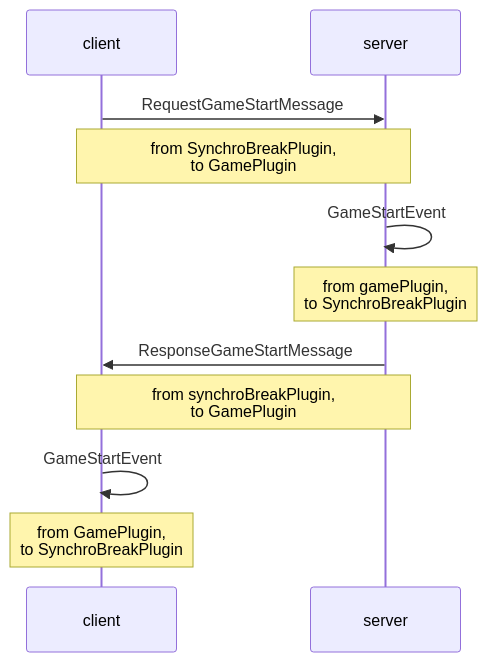
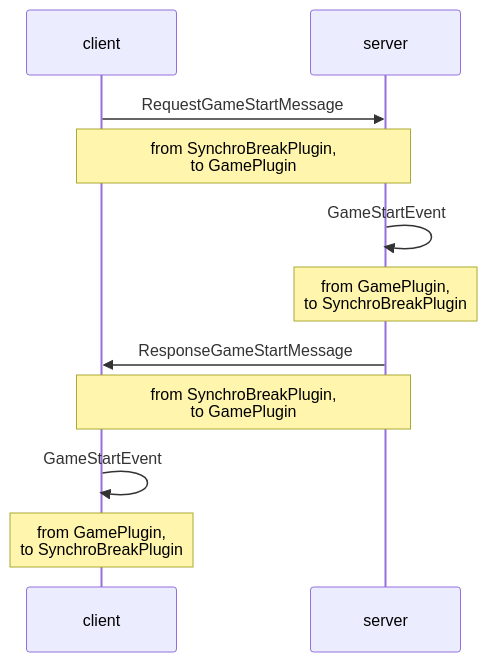
One commit to churadata/churaverse-plugins changed the diagram in churaverse-plugins-server/src/gamePlugin/gameStartSequence.md. Above: the diagram before and after it, drawn with Mermaid. The commit also changed 49 other files, not shown here.

````diff
--- a/churaverse-plugins-server/src/gamePlugin/gameStartSequence.md
+++ b/churaverse-plugins-server/src/gamePlugin/gameStartSequence.md
@@ -8,15 +8,15 @@
 ```mermaid
 sequenceDiagram
     client ->> server: RequestGameStartMessage
     Note over client, server: from SynchroBreakPlugin, <br> to GamePlugin
 
     server ->> server: GameStartEvent
-    Note over server,server: from gamePlugin, <br> to SynchroBreakPlugin
+    Note over server,server: from GamePlugin, <br> to SynchroBreakPlugin
 
     server ->> client: ResponseGameStartMessage
-    Note over server,client: from synchroBreakPlugin, <br>to GamePlugin
+    Note over server,client: from SynchroBreakPlugin, <br>to GamePlugin
 
 
     client ->> client: GameStartEvent
     Note over client, client: from GamePlugin, <br> to SynchroBreakPlugin
 ```
````
